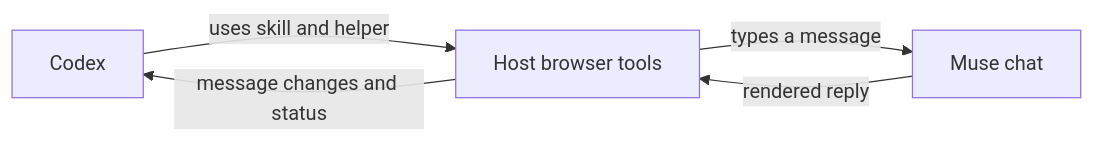
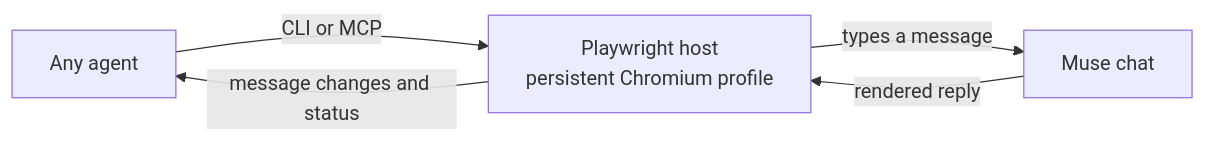
One commit to zohartito/muse-bridge changed the diagram in README.md. Above: the diagram before and after it, drawn with Mermaid. The commit also changed other lines of this file and 12 other files, not shown here.

First line of the commit message:
feat: standalone Playwright host, CLI and MCP server so any agent can drive Muse

````diff
--- a/README.md
+++ b/README.md
@@ -31,7 +51,7 @@
 ```mermaid
 flowchart LR
-    C[Codex] -->|uses skill and helper| B[Host browser tools]
-    B -->|types a message| M[Muse chat]
-    M -->|rendered reply| B
-    B -->|message changes and status| C
+    A[Any agent] -->|CLI or MCP| H[Playwright host<br/>persistent Chromium profile]
+    H -->|types a message| M[Muse chat]
+    M -->|rendered reply| H
+    H -->|message changes and status| A
 ```
````
